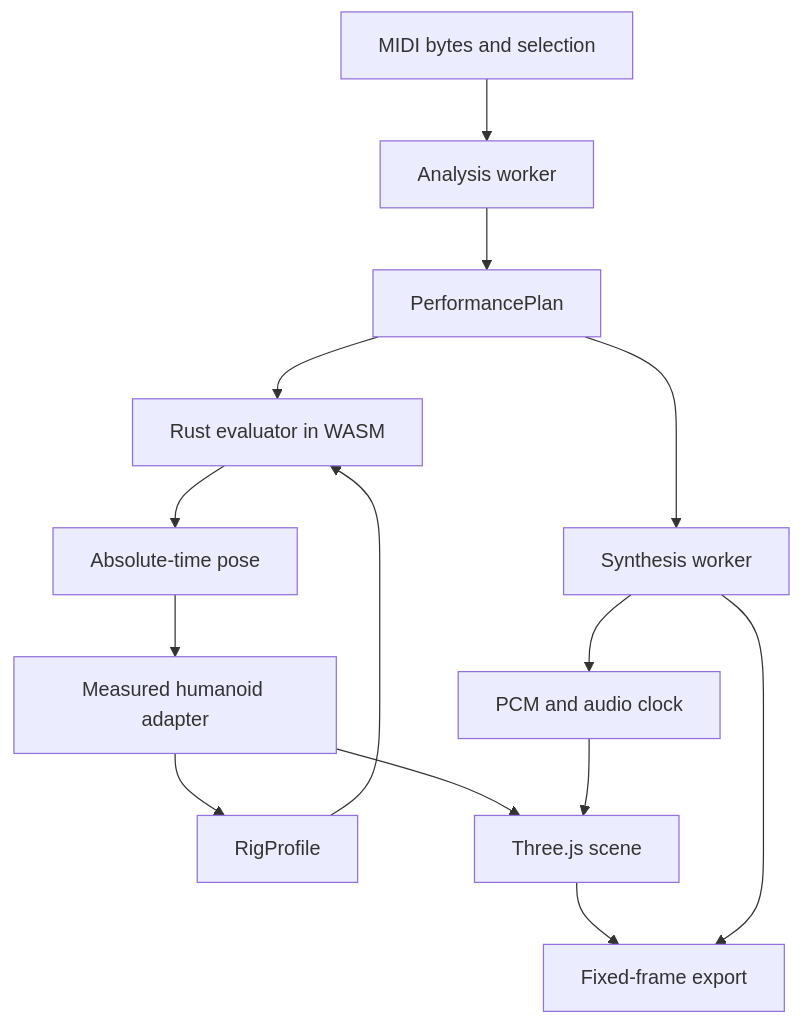
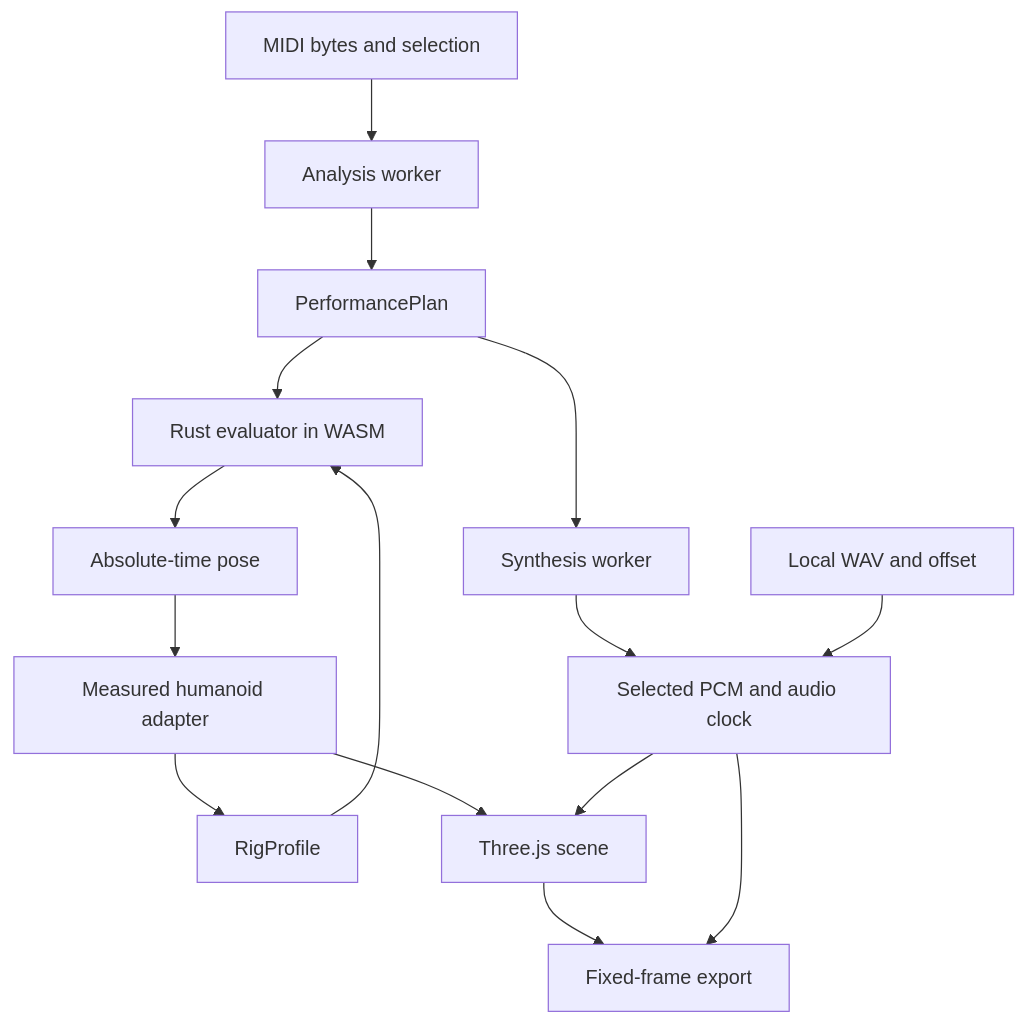
The diagram in specs/architecture/overview.md (postmelee/drum-vrm), drawn with Mermaid before and after one commit. The commit also changed other lines of this file and 68 other files, not shown here.

````diff
--- a/specs/architecture/overview.md
+++ b/specs/architecture/overview.md
@@ -12,16 +13,17 @@
 ```mermaid
 flowchart TB
   M[MIDI bytes and selection] --> W[Analysis worker]
   W --> P[PerformancePlan]
   A[Measured humanoid adapter] --> R[RigProfile]
   P --> E[Rust evaluator in WASM]
   R --> E
   E --> B[Absolute-time pose]
   B --> A
   A --> S[Three.js scene]
   P --> Y[Synthesis worker]
-  Y --> C[PCM and audio clock]
+  Y --> C[Selected PCM and audio clock]
+  WAV[Local WAV and offset] --> C
   C --> S
   S --> X[Fixed-frame export]
-  Y --> X
+  C --> X
 ```
````
